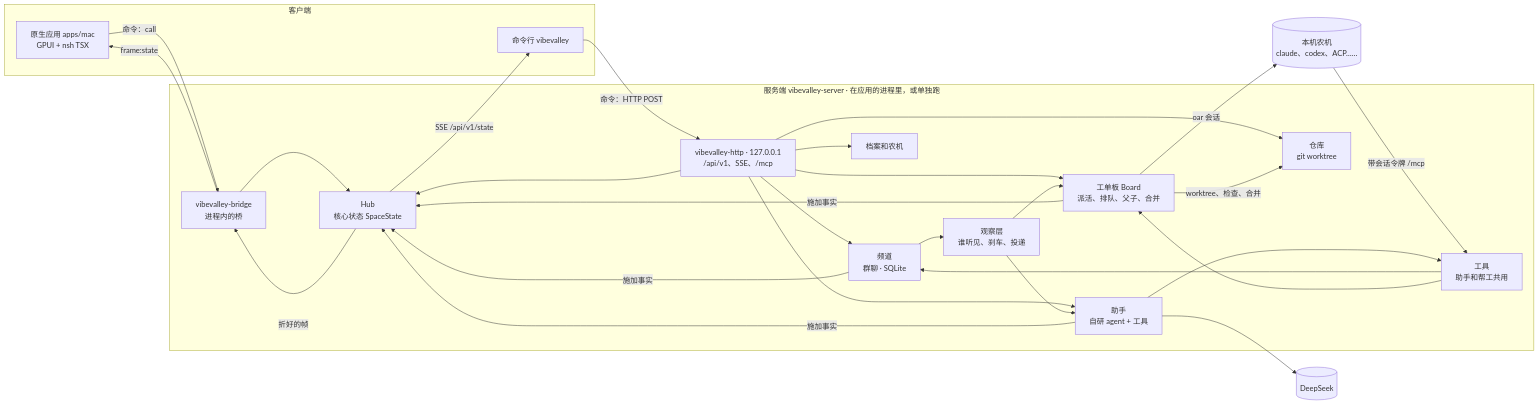
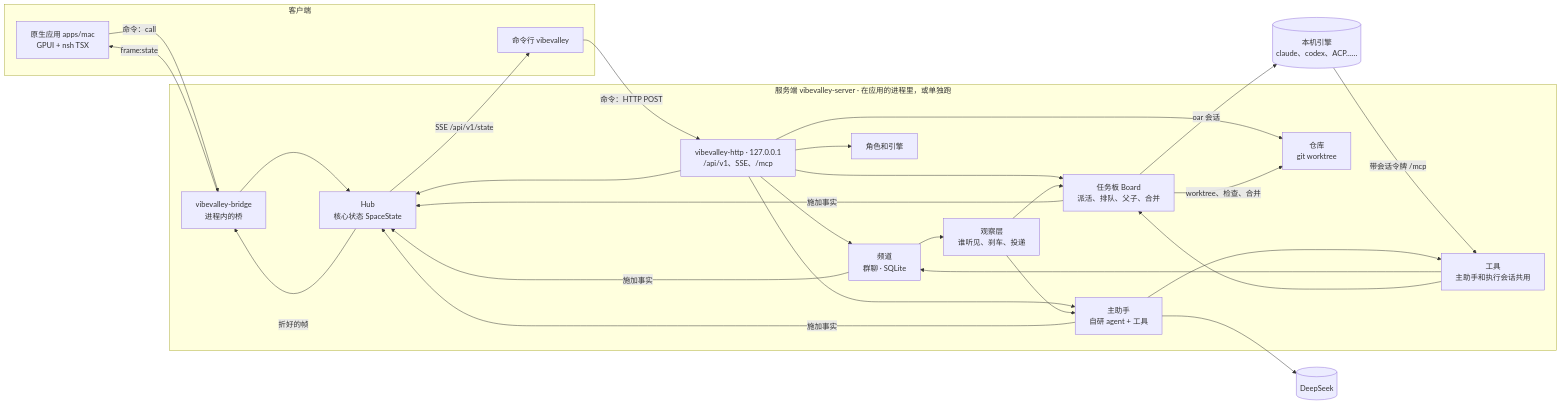
One commit to vibevalleyhq/vibevalley changed the diagram in docs/architecture.md. Above: the diagram before and after it, drawn with Mermaid. The commit also changed other lines of this file and 105 other files, not shown here.

````diff
--- a/docs/architecture.md
+++ b/docs/architecture.md
@@ -5,39 +5,39 @@
 ```mermaid
 flowchart LR
   subgraph Clients[客户端]
     MAC[原生应用 apps/mac<br/>GPUI + nsh TSX]
     CLI[命令行 vibevalley]
   end
 
   subgraph Server[服务端 vibevalley-server · 在应用的进程里，或单独跑]
     BRIDGE[vibevalley-bridge<br/>进程内的桥]
     HTTP[vibevalley-http · 127.0.0.1<br/>/api/v1、SSE、/mcp]
     HUB[Hub<br/>核心状态 SpaceState]
-    FM[助手<br/>自研 agent + 工具]
+    FM[主助手<br/>自研 agent + 工具]
     CHAT[频道<br/>群聊 · SQLite]
-    TK[工单板 Board<br/>派活、排队、父子、合并]
+    TK[任务板 Board<br/>派活、排队、父子、合并]
     WATCH[观察层<br/>谁听见、刹车、投递]
     PRJ[仓库<br/>git worktree]
-    RT[档案和农机]
-    TOOL[工具<br/>助手和帮工共用]
+    RT[角色和引擎]
+    TOOL[工具<br/>主助手和执行会话共用]
   end
 
-  AGENTS[(本机农机<br/>claude、codex、ACP……)]
+  AGENTS[(本机引擎<br/>claude、codex、ACP……)]
   DS[(DeepSeek)]
 
   MAC -->|命令：call| BRIDGE
   CLI -->|命令：HTTP POST| HTTP
   HUB -->|折好的帧| BRIDGE -->|frame:state| MAC
   HUB -->|SSE /api/v1/state| CLI
   BRIDGE & HTTP --> HUB
   HTTP --> CHAT & FM & TK & PRJ & RT
   CHAT --> WATCH
   WATCH --> TK & FM
   TK -->|oar 会话| AGENTS
   AGENTS -->|带会话令牌 /mcp| TOOL
   FM --> TOOL
   TOOL --> CHAT & TK
   TK -->|worktree、检查、合并| PRJ
   FM --> DS
   CHAT & TK & FM -->|施加事实| HUB
 ```
````
